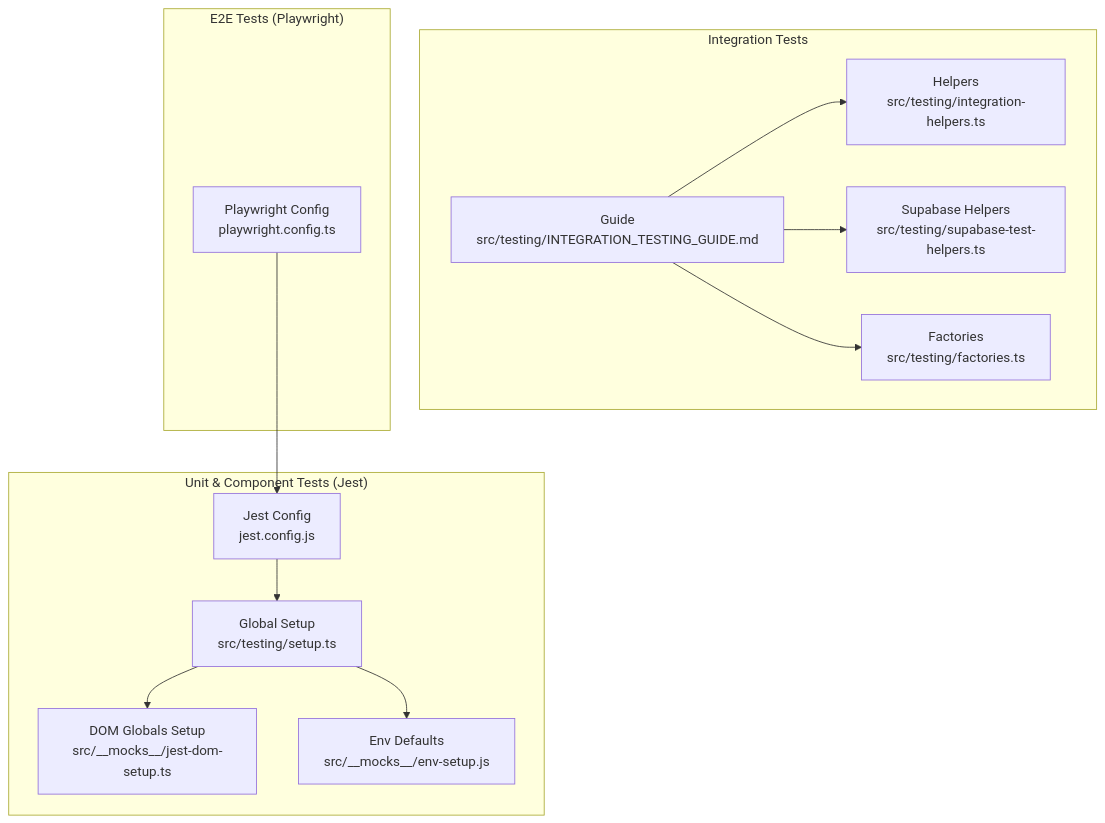
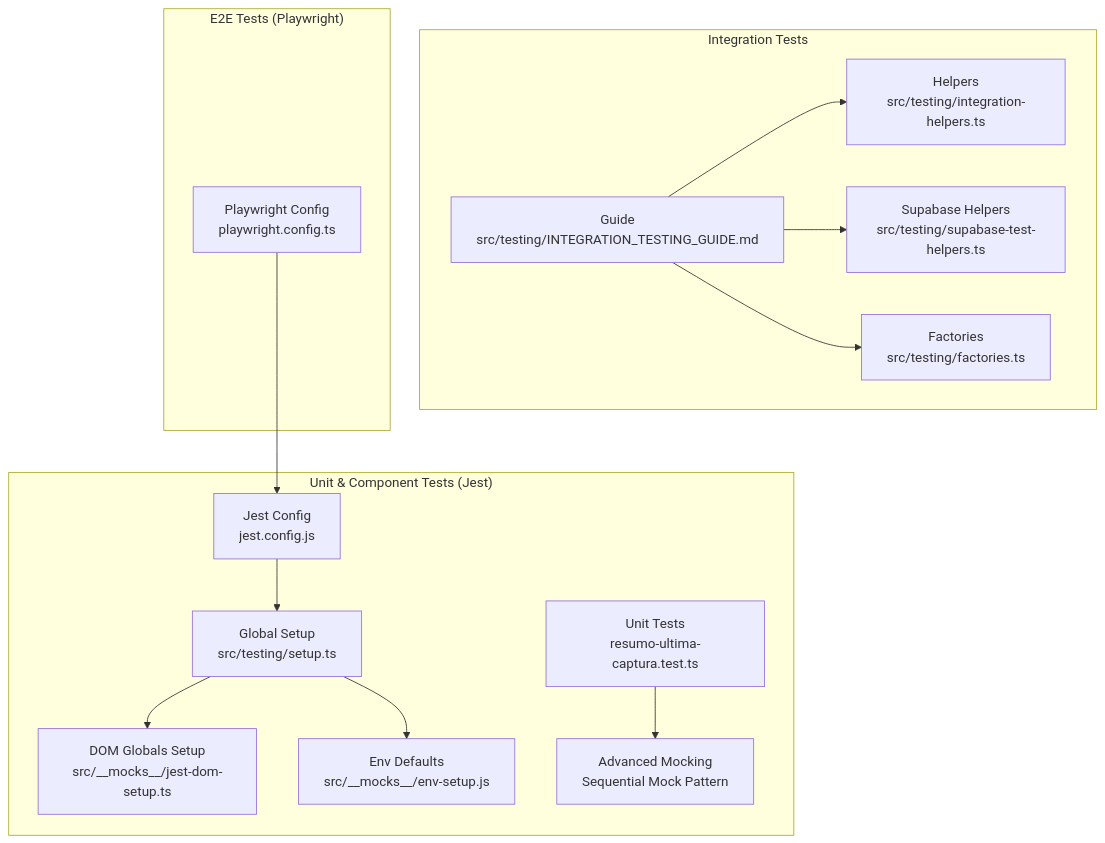
One commit to SinesysTech/zattar-os changed the first of 12 diagrams in .qoder/repowiki/en/content/Development Guide/Testing Strategy and Implementation.md. Above: the diagram before and after it, drawn with Mermaid. The commit also changed other lines of this file and 21 other files, not shown here.

````diff
--- a/.qoder/repowiki/en/content/Development Guide/Testing Strategy and Implementation.md
+++ b/.qoder/repowiki/en/content/Development Guide/Testing Strategy and Implementation.md
@@ -38,25 +52,28 @@
 ```mermaid
 graph TB
 subgraph "Unit & Component Tests (Jest)"
 JCFG["Jest Config<br/>jest.config.js"]
 SETUP["Global Setup<br/>src/testing/setup.ts"]
 JDOM["DOM Globals Setup<br/>src/__mocks__/jest-dom-setup.ts"]
 ENV["Env Defaults<br/>src/__mocks__/env-setup.js"]
+RESUMO["Unit Tests<br/>resumo-ultima-captura.test.ts"]
+ENDTOEND["Advanced Mocking<br/>Sequential Mock Pattern"]
 end
 subgraph "Integration Tests"
 IG["Guide<br/>src/testing/INTEGRATION_TESTING_GUIDE.md"]
 IH["Helpers<br/>src/testing/integration-helpers.ts"]
 SH["Supabase Helpers<br/>src/testing/supabase-test-helpers.ts"]
 FAC["Factories<br/>src/testing/factories.ts"]
 end
 subgraph "E2E Tests (Playwright)"
 PCFG["Playwright Config<br/>playwright.config.ts"]
 end
 JCFG --> SETUP
 SETUP --> JDOM
 SETUP --> ENV
 IG --> IH
 IG --> SH
 IG --> FAC
 PCFG --> JCFG
+RESUMO --> ENDTOEND
 ```
````
